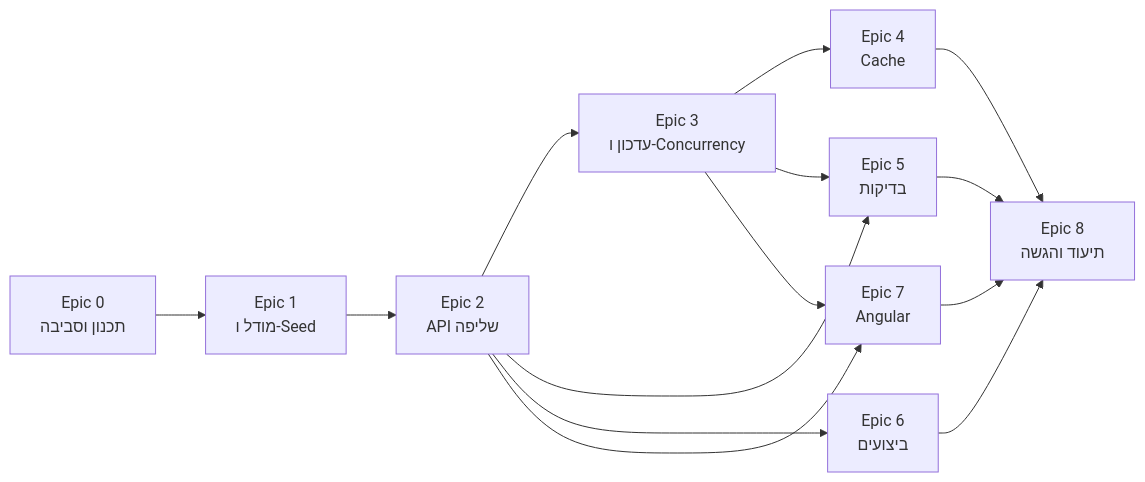
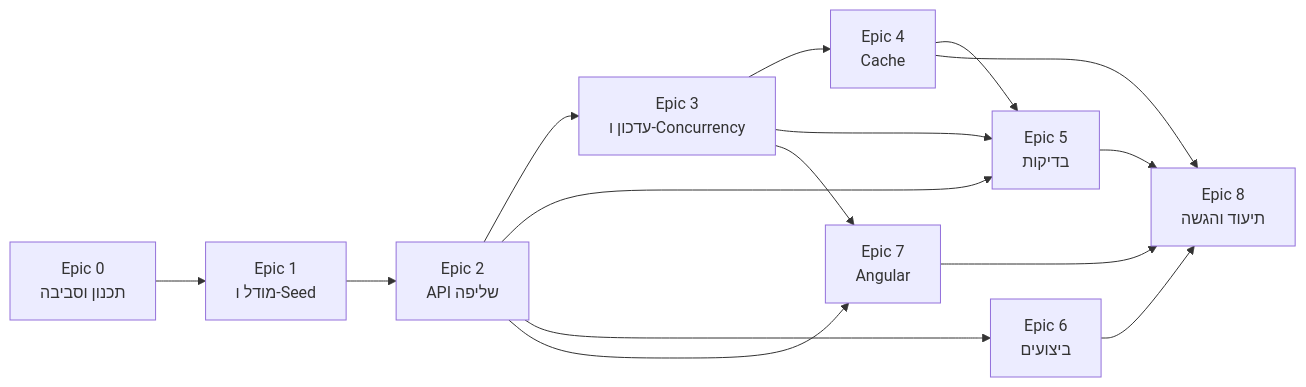
Before and after one commit to HadasaPes/requests-management-system: the diagram in docs/work-plan.md, drawn with Mermaid. The commit also changed other lines of this file, not shown here.

````diff
--- a/docs/work-plan.md
+++ b/docs/work-plan.md
@@ -93,16 +100,17 @@
 ```mermaid
 flowchart LR
   E0[Epic 0<br/>תכנון וסביבה] --> E1[Epic 1<br/>מודל ו-Seed]
   E1 --> E2[Epic 2<br/>API שליפה]
   E2 --> E3[Epic 3<br/>עדכון ו-Concurrency]
   E3 --> E4[Epic 4<br/>Cache]
   E2 --> E5[Epic 5<br/>בדיקות]
   E3 --> E5
+  E4 --> E5
   E2 --> E6[Epic 6<br/>ביצועים]
   E2 --> E7[Epic 7<br/>Angular]
   E3 --> E7
   E4 --> E8[Epic 8<br/>תיעוד והגשה]
   E5 --> E8
   E6 --> E8
   E7 --> E8
 ```
````
